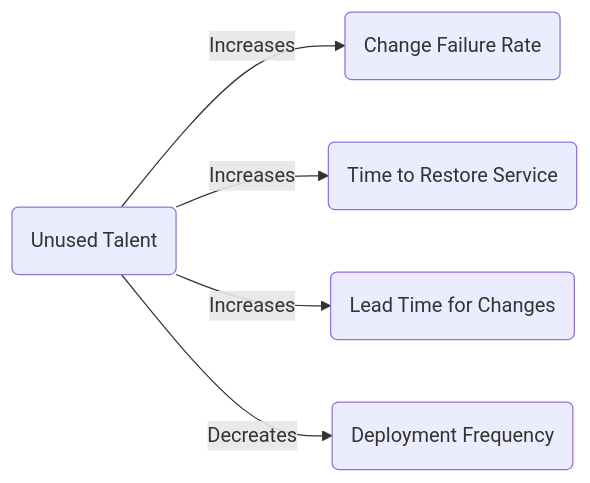
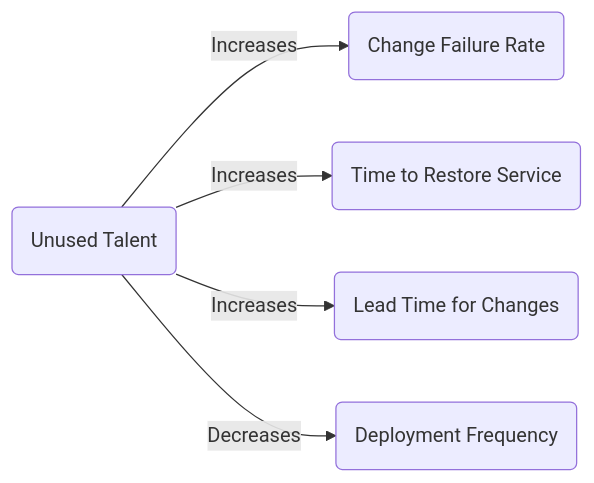
Before and after one commit to matthew-shaw/matthew-shaw.github.io: the eighth of 9 diagrams in docs/blog/posts/modern-software-delivery.md, drawn with Mermaid.

````diff
--- a/docs/blog/posts/modern-software-delivery.md
+++ b/docs/blog/posts/modern-software-delivery.md
@@ -260,8 +260,8 @@
 ```mermaid
 flowchart LR
     unused_talent(Unused Talent) -- Increases -->
     CFR(Change Failure Rate)
     unused_talent -- Increases --> TRS(Time to Restore Service)
     unused_talent -- Increases --> LTC(Lead Time for Changes)
-    unused_talent -- Decreates --> DF(Deployment Frequency)
+    unused_talent -- Decreases --> DF(Deployment Frequency)
 ```
````
